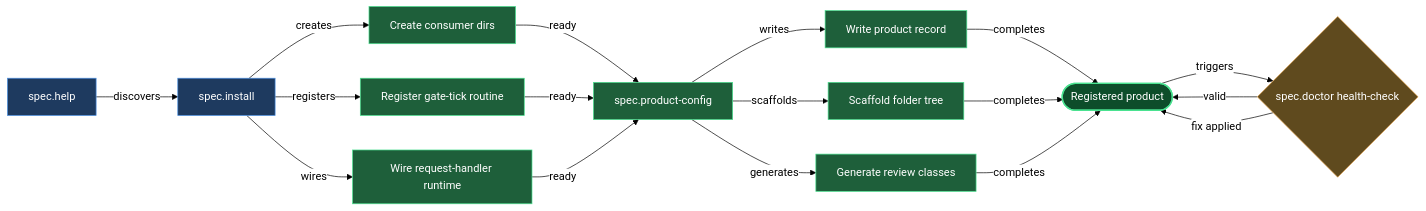
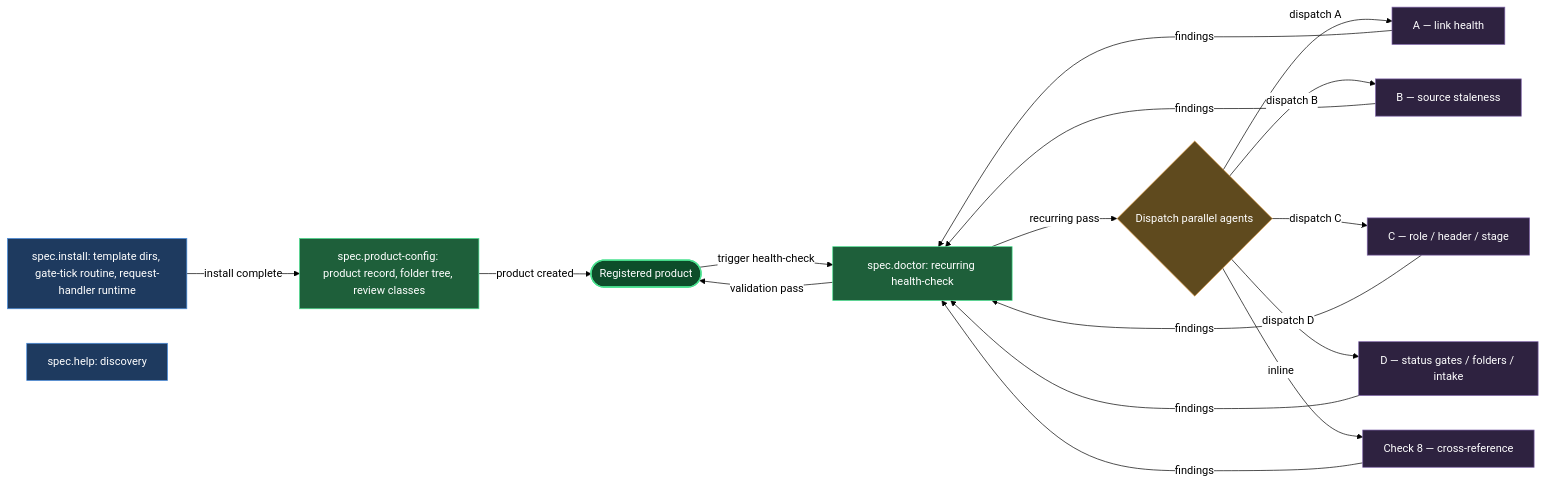
One commit to mebius-san/lazy-cortex changed the diagram in claude/lazycortex-specs/help/install-and-audit.md. Above: the diagram before and after it, drawn with Mermaid. The commit also changed other lines of this file and 52 other files, not shown here.

First line of the commit message:
[lazycortex-specs] release 3.0.0 — folder-note # Summary + H1 Gates/History + spec.vault_root

````diff
--- a/claude/lazycortex-specs/help/install-and-audit.md
+++ b/claude/lazycortex-specs/help/install-and-audit.md
@@ -65,49 +66,49 @@
 ```mermaid
 %%{init: {'themeVariables':{'background':'transparent','lineColor':'#000','textColor':'#000','edgeLabelBackground':'#fff'},'themeCSS':'.edgeLabel{background-color:transparent!important}.edgeLabel p{background-color:transparent!important}','flowchart':{'diagramPadding':5,'useMaxWidth':true}}}%%
 flowchart LR
-  specInstall[spec.install]
-  createConsumerDirs[Create consumer dirs]
-  registerGateTick[Register gate-tick routine]
-  wireRequestHandler[Wire request-handler runtime]
-  specProductConfig[spec.product-config]
-  writeProductRecord[Write product record]
-  scaffoldFolderTree[Scaffold folder tree]
-  generateReviewClasses[Generate review classes]
+  specInstall[spec.install: template dirs, gate-tick routine, request-handler runtime]
+  specProductConfig[spec.product-config: product record, folder tree, review classes]
   registeredProduct([Registered product])
-  specDoctor{spec.doctor health-check}
-  specHelp[spec.help]
+  specDoctor[spec.doctor: recurring health-check]
+  parallelChecks{Dispatch parallel agents}
+  checkA[A — link health]
+  checkB[B — source staleness]
+  checkC[C — role / header / stage]
+  checkD[D — status gates / folders / intake]
+  checkCross[Check 8 — cross-reference]
+  specHelp[spec.help: discovery]
 
-  specInstall -->|creates| createConsumerDirs
-  specInstall -->|registers| registerGateTick
-  specInstall -->|wires| wireRequestHandler
-  createConsumerDirs -->|ready| specProductConfig
-  registerGateTick -->|ready| specProductConfig
-  wireRequestHandler -->|ready| specProductConfig
-  specProductConfig -->|writes| writeProductRecord
-  specProductConfig -->|scaffolds| scaffoldFolderTree
-  specProductConfig -->|generates| generateReviewClasses
-  writeProductRecord -->|completes| registeredProduct
-  scaffoldFolderTree -->|completes| registeredProduct
-  generateReviewClasses -->|completes| registeredProduct
-  registeredProduct -->|triggers| specDoctor
-  specDoctor -->|valid| registeredProduct
-  specDoctor -->|fix applied| registeredProduct
-  specHelp -->|discovers| specInstall
+  specInstall -->|install complete| specProductConfig
+  specProductConfig -->|product created| registeredProduct
+  registeredProduct -->|trigger health-check| specDoctor
+  specDoctor -->|recurring pass| parallelChecks
+  parallelChecks -->|dispatch A| checkA
+  parallelChecks -->|dispatch B| checkB
+  parallelChecks -->|dispatch C| checkC
+  parallelChecks -->|dispatch D| checkD
+  parallelChecks -->|inline| checkCross
+  checkA -->|findings| specDoctor
+  checkB -->|findings| specDoctor
+  checkC -->|findings| specDoctor
+  checkD -->|findings| specDoctor
+  checkCross -->|findings| specDoctor
+  specDoctor -->|validation pass| registeredProduct
 
   classDef entry fill:#1e3a5f,stroke:#4a90e2,color:#fff
+  classDef guard fill:#5f4a1e,stroke:#e2a14a,color:#fff
   classDef action fill:#1e5f3a,stroke:#4ae290,color:#fff
-  classDef guard fill:#5f4a1e,stroke:#e2a14a,color:#fff
   classDef success fill:#0d4d2a,stroke:#4ae290,color:#fff,stroke-width:2px
+  classDef sub fill:#2e2240,stroke:#7e63a8,color:#fff
 
   class specInstall entry
+  class specProductConfig action
+  class registeredProduct success
+  class specDoctor action
+  class parallelChecks guard
+  class checkA sub
+  class checkB sub
+  class checkC sub
+  class checkD sub
+  class checkCross sub
   class specHelp entry
-  class createConsumerDirs action
-  class registerGateTick action
-  class wireRequestHandler action
-  class specProductConfig action
-  class writeProductRecord action
-  class scaffoldFolderTree action
-  class generateReviewClasses action
-  class registeredProduct success
-  class specDoctor guard
 ```
````
